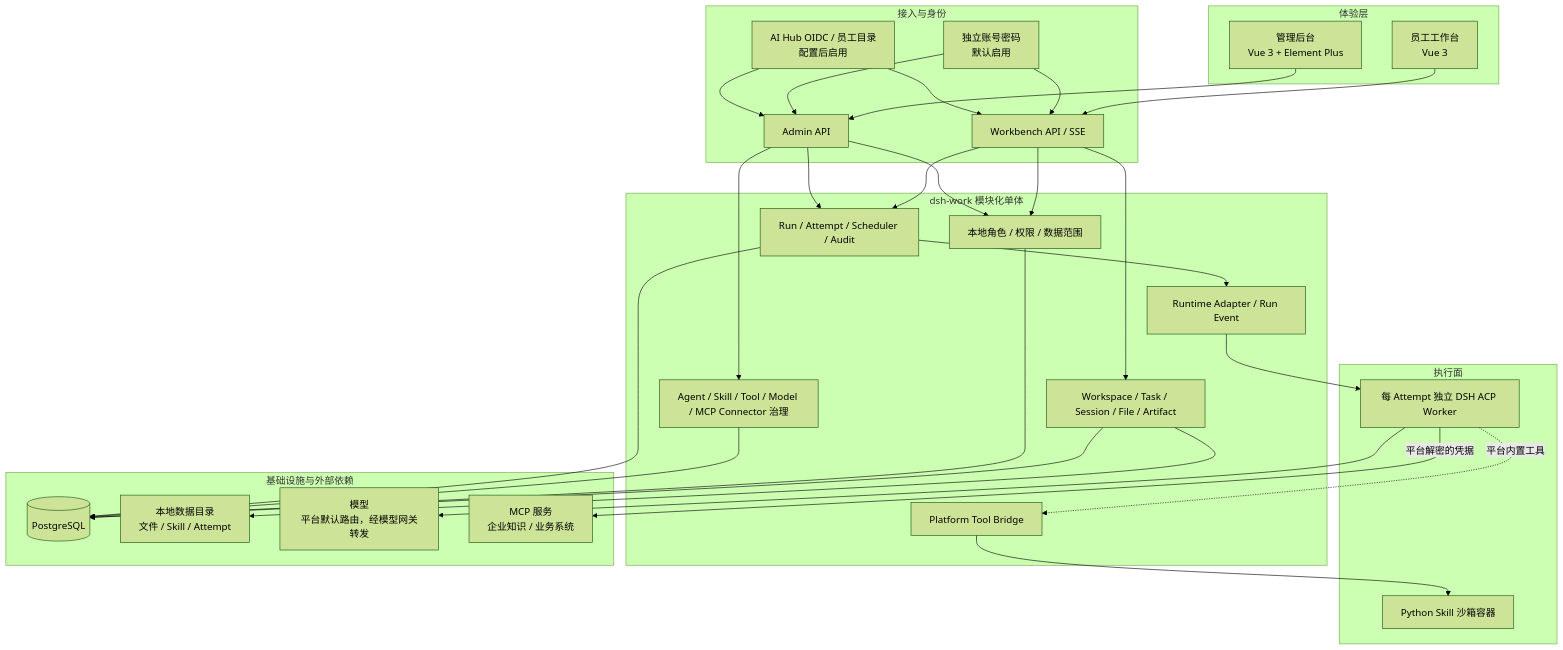
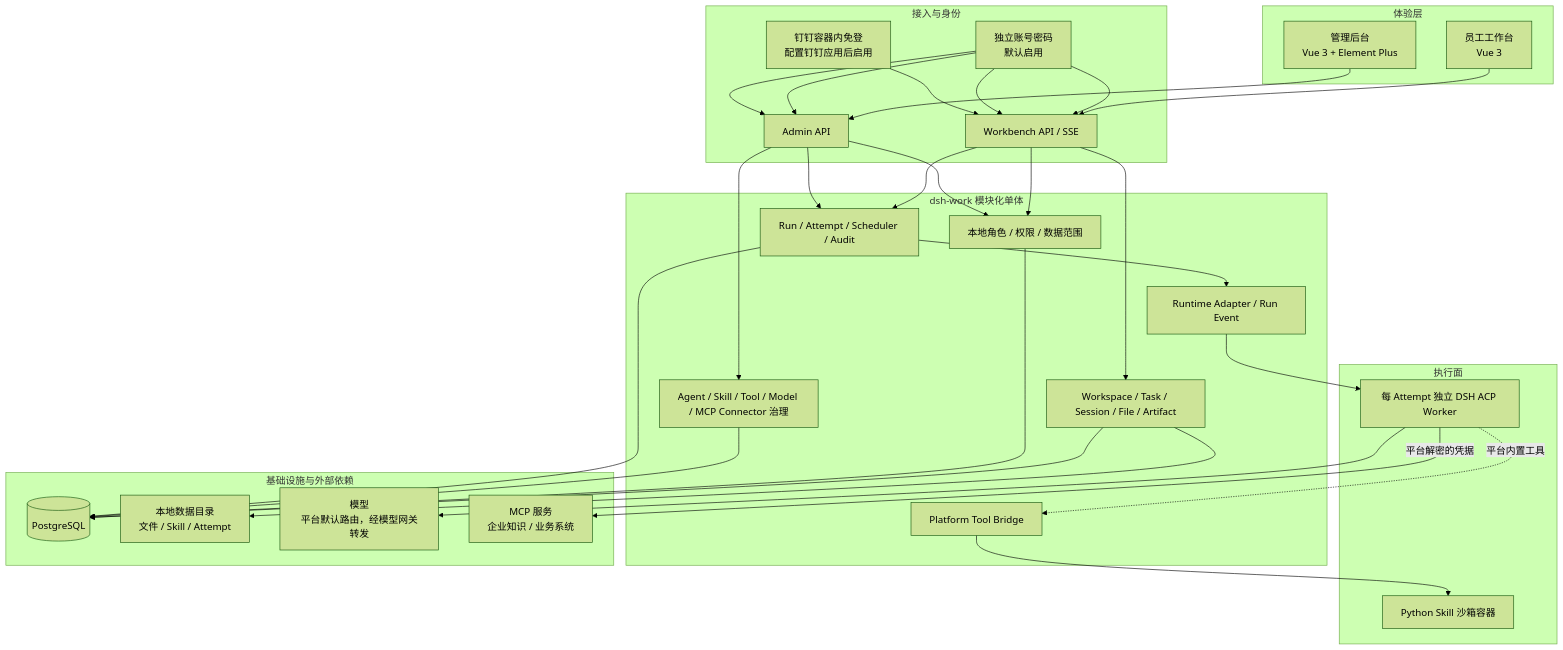
The first of 2 diagrams in docs/development/overview.md (tonycc/dsh-work), drawn with Mermaid (forest theme) before and after one commit. The commit also changed other lines of this file and 39 other files, not shown here.

````diff
--- a/docs/development/overview.md
+++ b/docs/development/overview.md
@@ -99,59 +97,60 @@
 ```mermaid
 flowchart TB
   subgraph Client[体验层]
     WB[员工工作台<br/>Vue 3]
     Admin[管理后台<br/>Vue 3 + Element Plus]
   end
 
   subgraph Access[接入与身份]
     WAPI[Workbench API / SSE]
     AAPI[Admin API]
     Local[独立账号密码<br/>默认启用]
-    Auth[AI Hub OIDC / 员工目录<br/>配置后启用]
+    DingTalk[钉钉容器内免登<br/>配置钉钉应用后启用]
   end
 
   subgraph App[dsh-work 模块化单体]
     Workspace[Workspace / Task / Session / File / Artifact]
     Authorization[本地角色 / 权限 / 数据范围]
     Governance[Agent / Skill / Tool / Model / MCP Connector 治理]
     Orchestration[Run / Attempt / Scheduler / Audit]
     Runtime[Runtime Adapter / Run Event]
     Bridge[Platform Tool Bridge]
   end
 
   subgraph Execution[执行面]
     DSH[每 Attempt 独立 DSH ACP Worker]
     Sandbox[Python Skill 沙箱容器]
   end
 
   subgraph Dependencies[基础设施与外部依赖]
     PG[(PostgreSQL)]
     Storage[本地数据目录<br/>文件 / Skill / Attempt]
     Models[模型<br/>平台默认路由，经模型网关转发]
     MCP[MCP 服务<br/>企业知识 / 业务系统]
   end
 
   WB --> WAPI
   Admin --> AAPI
   Local --> WAPI
   Local --> AAPI
-  Auth --> WAPI
-  Auth --> AAPI
+  Local --> WAPI
+  Local --> AAPI
+  DingTalk --> WAPI
   WAPI --> Authorization
   AAPI --> Authorization
   WAPI --> Workspace
   WAPI --> Orchestration
   AAPI --> Governance
   AAPI --> Orchestration
   Workspace --> PG
   Workspace --> Storage
   Authorization --> PG
   Governance --> PG
   Orchestration --> PG
   Orchestration --> Runtime
   Runtime --> DSH
   DSH --> Models
   DSH -->|平台解密的凭据| MCP
   DSH -.->|平台内置工具| Bridge
   Bridge --> Sandbox
 ```
````
